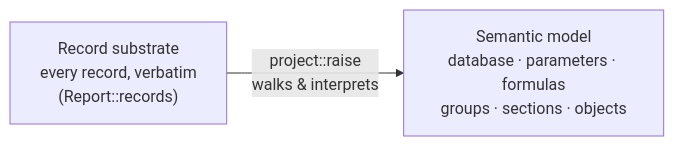
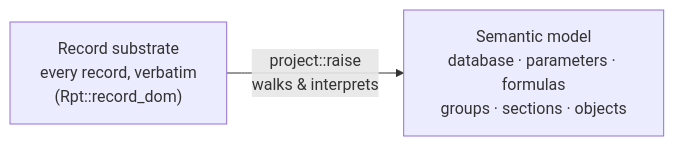
Before and after one commit to MrSrsen/rpt-rs: the diagram in docs/05-semantic-model.md, drawn with Mermaid. The commit also changed other lines of this file and 806 other files, not shown here.

````diff
--- a/docs/05-semantic-model.md
+++ b/docs/05-semantic-model.md
@@ -15,5 +15,5 @@
 ```mermaid
 flowchart LR
-    substrate["Record substrate<br/>every record, verbatim<br/>(Report::records)"]
-    substrate -->|"project::raise<br/>walks & interprets"| model["Semantic model<br/>database · parameters · formulas<br/>groups · sections · objects"]
+    substrate["Record substrate<br/>every record, verbatim<br/>(Rpt::record_dom)"]
+    substrate -->|" project::raise<br/>walks & interprets "| model["Semantic model<br/>database · parameters · formulas<br/>groups · sections · objects"]
 ```
````
